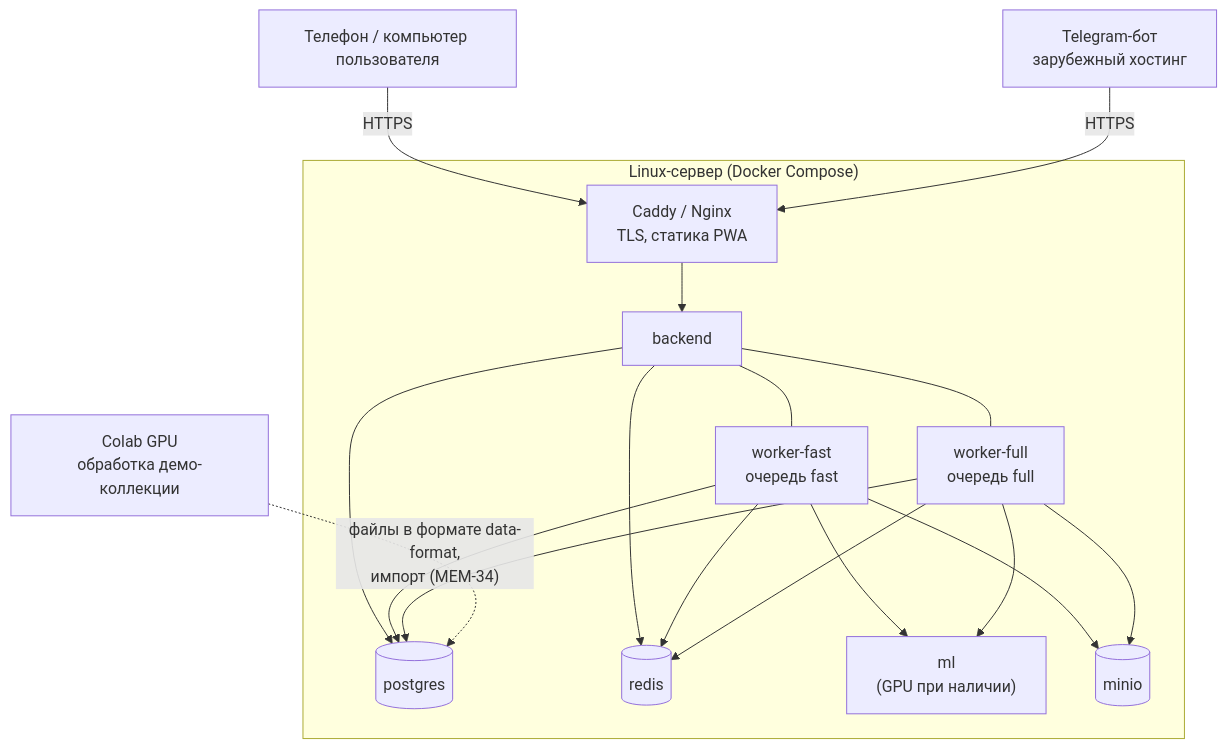
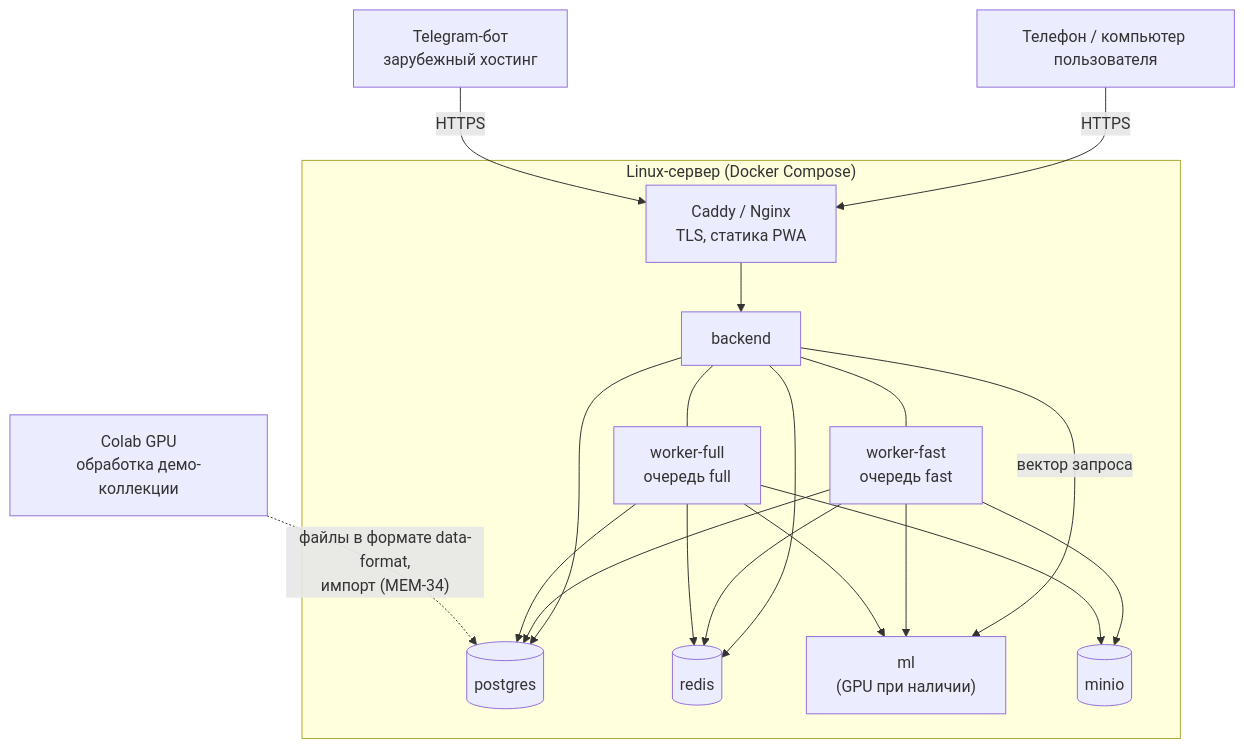
Before and after one commit to hgsihtwh/MemSearch: the second of 4 diagrams in docs/architecture.md, drawn with Mermaid. The commit also changed other lines of this file, not shown here.

````diff
--- a/docs/architecture.md
+++ b/docs/architecture.md
@@ -70,16 +70,17 @@
 ```mermaid
 flowchart TB
     U["Телефон / компьютер пользователя"] -- HTTPS --> N
     subgraph VPS["Linux-сервер (Docker Compose)"]
         N["Caddy / Nginx<br/>TLS, статика PWA"]
         N --> A["backend"]
         A --- W["worker-fast<br/>очередь fast"]
         A --- W2["worker-full<br/>очередь full"]
         A & W & W2 --> P[("postgres")]
         A & W & W2 --> R[("redis")]
+        A -- "вектор запроса" --> M
         W & W2 --> M["ml<br/>(GPU при наличии)"]
         W & W2 --> O[("minio")]
     end
     G["Colab GPU<br/>обработка демо-коллекции"] -. "файлы в формате data-format,<br/>импорт (MEM-34)" .-> P
     B["Telegram-бот<br/>зарубежный хостинг"] -- HTTPS --> N
 ```
````
